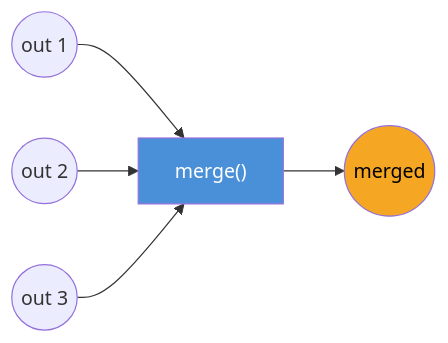
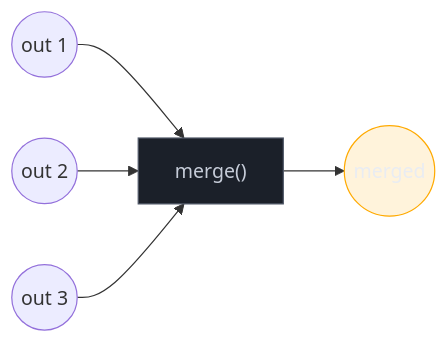
The third of 4 diagrams in 03-Dominios/Tecnologia/Go/08 - Channels e select/06 - Padrões — fan-in, fan-out, pipeline.md (josenaldo/codex-technomanticus), drawn with Mermaid before and after one commit. The commit also changed other lines of this file and 1181 other files, not shown here.

First line of the commit message:
fix(diagramas): paleta do sistema no lugar de cor cravada no markdown

````diff
--- a/03-Dominios/Tecnologia/Go/08 - Channels e select/06 - Padrões — fan-in, fan-out, pipeline.md
+++ b/03-Dominios/Tecnologia/Go/08 - Channels e select/06 - Padrões — fan-in, fan-out, pipeline.md
@@ -142,10 +146,12 @@
 ```mermaid
 flowchart LR
+    classDef destaque fill:#FFAA0024,stroke:#FFAA00,color:#E9ECF2
+    classDef neutro fill:#1B2029,stroke:#4E5666,color:#C6CCD8
     C1(("out 1")) --> M["merge()"]
     C2(("out 2")) --> M
     C3(("out 3")) --> M
     M --> Merged(("merged"))
 
-    style Merged fill:#F5A623,color:#000
-    style M fill:#4A90D9,color:#fff
+    class Merged destaque
+    class M neutro
 ```
````
